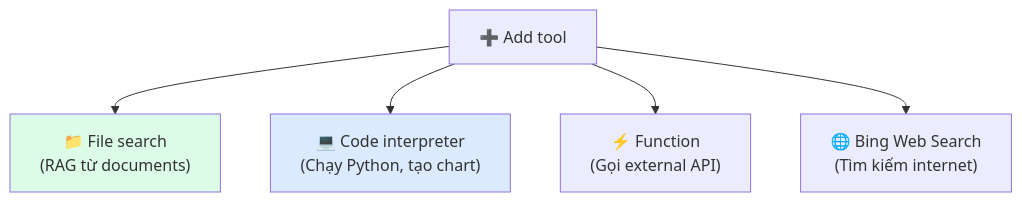
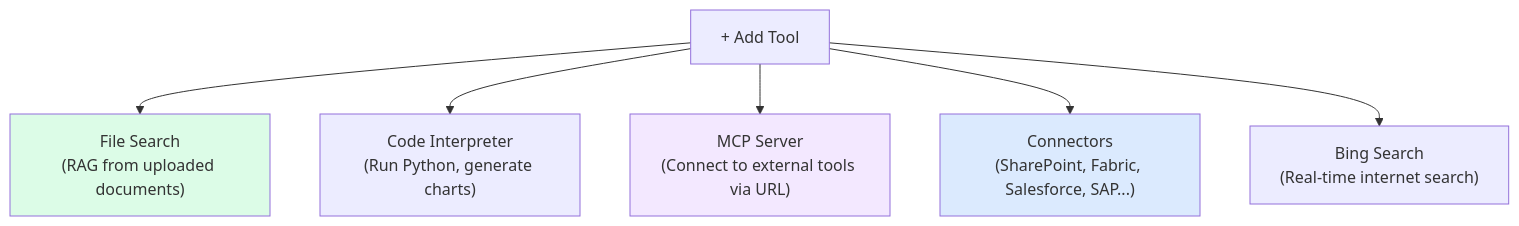
Before and after one commit to vuanhtu1993/vuanhtu1993.github.io: the second of 3 diagrams in docs/azure-ai/part-5-lowcode/L1-agent-builder-portal.md, drawn with Mermaid. The commit also changed other lines of this file and 8 other files, not shown here.

````diff
--- a/docs/azure-ai/part-5-lowcode/L1-agent-builder-portal.md
+++ b/docs/azure-ai/part-5-lowcode/L1-agent-builder-portal.md
@@ -140,11 +149,13 @@
 ```mermaid
 graph TD
-    ADD["➕ Add tool"]
-    ADD --> FS["📁 File search<br>(RAG từ documents)"]
-    ADD --> CI["💻 Code interpreter<br>(Chạy Python, tạo chart)"]
-    ADD --> FN["⚡ Function<br>(Gọi external API)"]
-    ADD --> WS["🌐 Bing Web Search<br>(Tìm kiếm internet)"]
+    ADD["+ Add Tool"]
+    ADD --> FS["File Search\n(RAG from uploaded documents)"]
+    ADD --> CI["Code Interpreter\n(Run Python, generate charts)"]
+    ADD --> MCP["MCP Server\n(Connect to external tools via URL)"]
+    ADD --> CON["Connectors\n(SharePoint, Fabric, Salesforce, SAP...)"]
+    ADD --> BING["Bing Search\n(Real-time internet search)"]
 
     style FS fill:#dcfce7
-    style CI fill:#dbeafe
+    style MCP fill:#f3e8ff
+    style CON fill:#dbeafe
 ```
````
